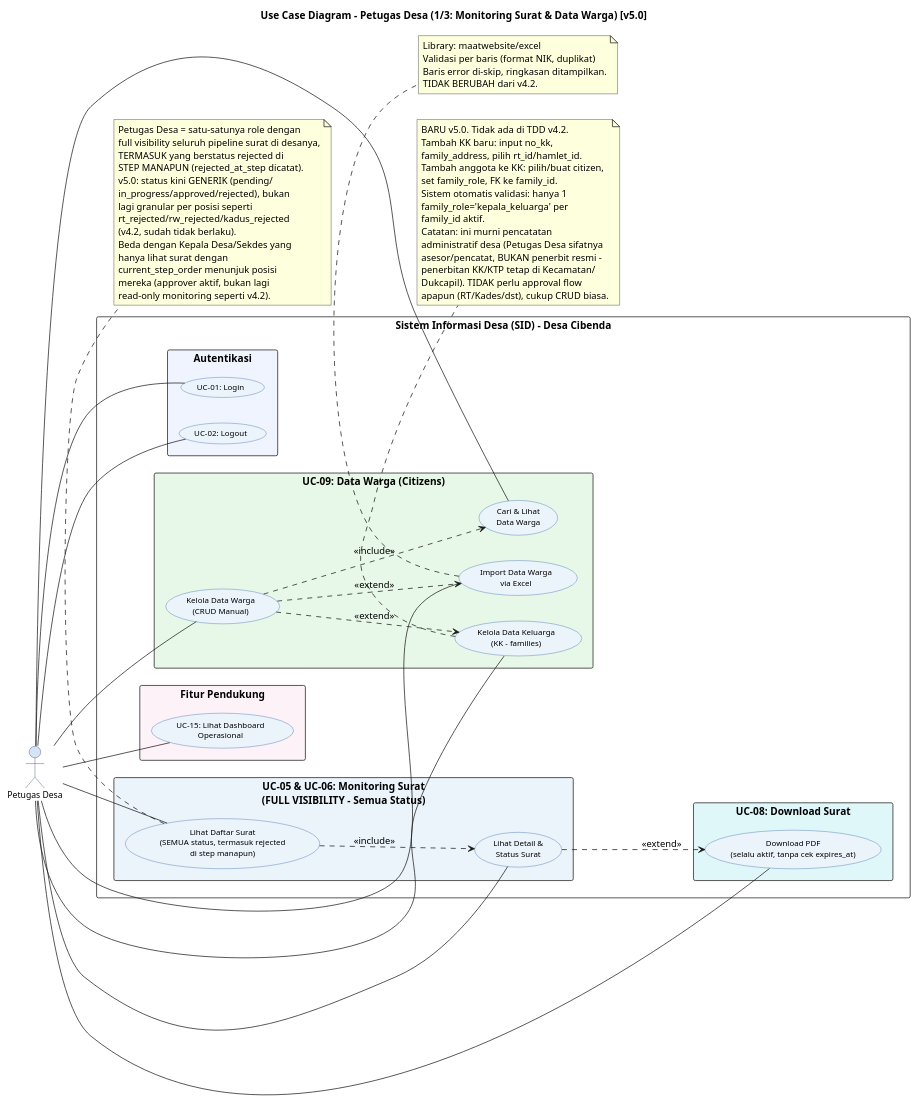
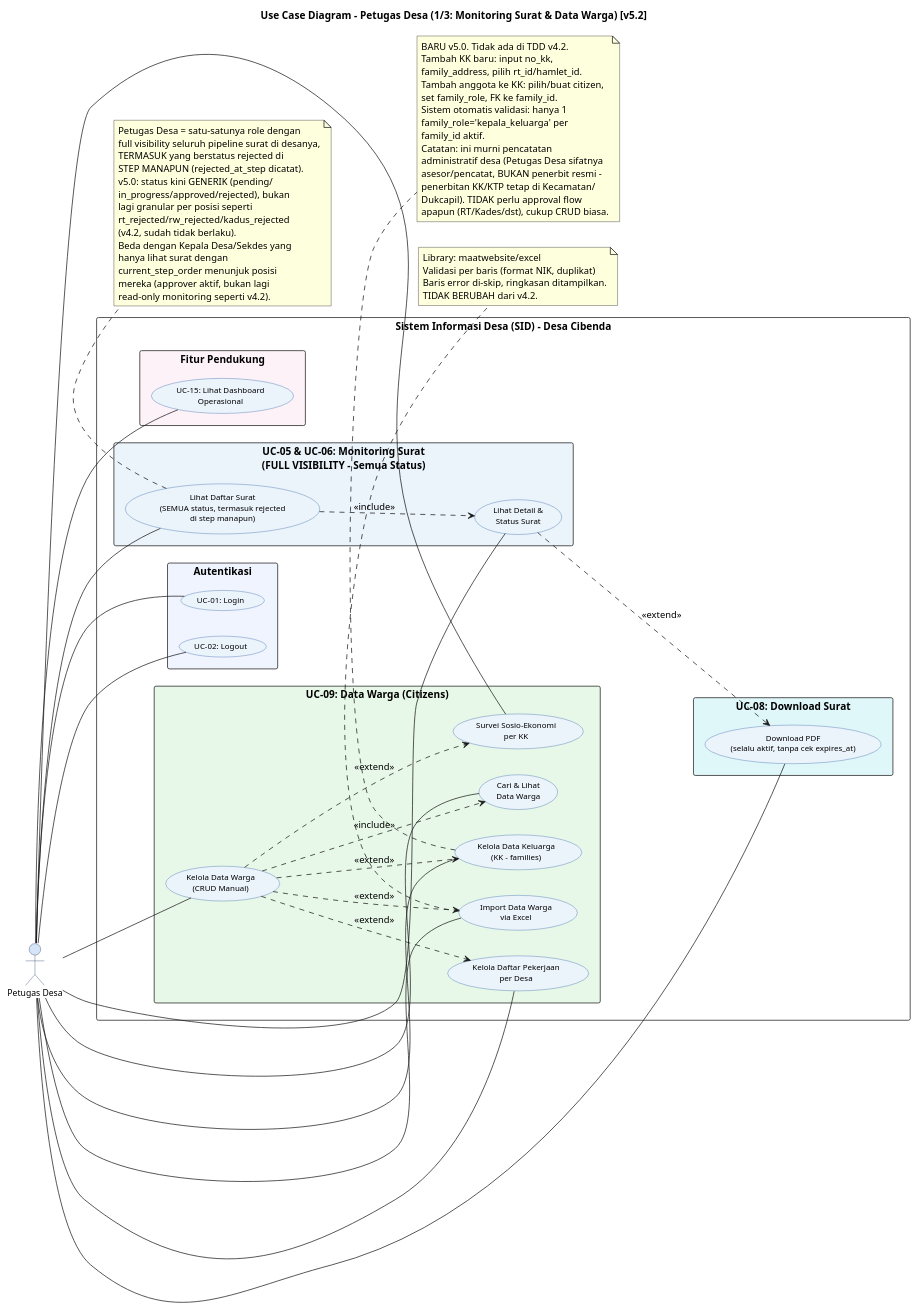
The diagram in docs/diagram/code/usecase/02_UC_PetugasDesa_SuratWarga_v5.puml (Vextronode/sid-app), drawn with PlantUML before and after one commit. The commit also changed 33 other files, not shown here.

```diff
--- a/docs/diagram/code/usecase/02_UC_PetugasDesa_SuratWarga_v5.puml
+++ b/docs/diagram/code/usecase/02_UC_PetugasDesa_SuratWarga_v5.puml
@@ -9,108 +9,114 @@
 @startuml 5.3.1b1_v5 UC_Petugas_Desa_Surat_Warga
 left to right direction
 skinparam packageStyle rectangle
 skinparam backgroundColor #FFFFFF
 skinparam usecase {
   BackgroundColor #EBF3FB
   BorderColor #2E5FA3
   FontName Arial
   FontSize 11
 }
 skinparam actor {
   BackgroundColor #D6E4F7
   BorderColor #1F3864
   FontName Arial
   FontSize 12
 }
 
-title Use Case Diagram - Petugas Desa (1/3: Monitoring Surat & Data Warga) [v5.0]
+title Use Case Diagram - Petugas Desa (1/3: Monitoring Surat & Data Warga) [v5.2]
 
 actor "Petugas Desa" as PD
 
 rectangle "Sistem Informasi Desa (SID) - Desa Cibenda" {
 
   rectangle "Autentikasi" #F0F4FF {
     usecase "UC-01: Login" as UC_LOGIN
     usecase "UC-02: Logout" as UC_LOGOUT
   }
 
   rectangle "UC-05 & UC-06: Monitoring Surat\n(FULL VISIBILITY - Semua Status)" #EBF3FB {
     usecase "Lihat Daftar Surat\n(SEMUA status, termasuk rejected\ndi step manapun)" as UC_LIST
     usecase "Lihat Detail &\nStatus Surat" as UC_DETAIL
   }
 
   rectangle "UC-08: Download Surat" #E0F7FA {
     usecase "Download PDF\n(selalu aktif, tanpa cek expires_at)" as UC_DOWNLOAD
   }
 
   rectangle "UC-09: Data Warga (Citizens)" #E8F8E8 {
     usecase "Kelola Data Warga\n(CRUD Manual)" as UC_CIT_CRUD
     usecase "Cari & Lihat\nData Warga" as UC_CIT_LIST
     usecase "Import Data Warga\nvia Excel" as UC_CIT_IMPORT
     usecase "Kelola Data Keluarga\n(KK - families)" as UC_FAM_CRUD
+    usecase "Kelola Daftar Pekerjaan\nper Desa" as UC_OCC
+    usecase "Survei Sosio-Ekonomi\nper KK" as UC_FSE
   }
 
   rectangle "Fitur Pendukung" #FDF2F8 {
     usecase "UC-15: Lihat Dashboard\nOperasional" as UC_DASH
   }
 }
 
 PD -- UC_LOGIN
 PD -- UC_LOGOUT
 PD -- UC_LIST
 PD -- UC_DETAIL
 PD -- UC_DOWNLOAD
 PD -- UC_CIT_CRUD
 PD -- UC_CIT_LIST
 PD -- UC_CIT_IMPORT
 PD -- UC_FAM_CRUD
+PD -- UC_OCC
+PD -- UC_FSE
 PD -- UC_DASH
 
 UC_CIT_CRUD ..> UC_CIT_LIST : <<include>>
 UC_CIT_CRUD ..> UC_CIT_IMPORT : <<extend>>
 UC_CIT_CRUD ..> UC_FAM_CRUD : <<extend>>
+UC_CIT_CRUD ..> UC_OCC : <<extend>>
+UC_CIT_CRUD ..> UC_FSE : <<extend>>
 UC_LIST ..> UC_DETAIL : <<include>>
 UC_DETAIL ..> UC_DOWNLOAD : <<extend>>
 
 note bottom of UC_LIST
   Petugas Desa = satu-satunya role dengan
   full visibility seluruh pipeline surat di desanya,
   TERMASUK yang berstatus rejected di
   STEP MANAPUN (rejected_at_step dicatat).
   v5.0: status kini GENERIK (pending/
   in_progress/approved/rejected), bukan
   lagi granular per posisi seperti
   rt_rejected/rw_rejected/kadus_rejected
   (v4.2, sudah tidak berlaku).
   Beda dengan Kepala Desa/Sekdes yang
   hanya lihat surat dengan
   current_step_order menunjuk posisi
   mereka (approver aktif, bukan lagi
   read-only monitoring seperti v4.2).
 end note
 
 note bottom of UC_CIT_IMPORT
   Library: maatwebsite/excel
   Validasi per baris (format NIK, duplikat)
   Baris error di-skip, ringkasan ditampilkan.
   TIDAK BERUBAH dari v4.2.
 end note
 
 note bottom of UC_FAM_CRUD
   BARU v5.0. Tidak ada di TDD v4.2.
   Tambah KK baru: input no_kk,
   family_address, pilih rt_id/hamlet_id.
   Tambah anggota ke KK: pilih/buat citizen,
   set family_role, FK ke family_id.
   Sistem otomatis validasi: hanya 1
   family_role='kepala_keluarga' per
   family_id aktif.
   Catatan: ini murni pencatatan
   administratif desa (Petugas Desa sifatnya
   asesor/pencatat, BUKAN penerbit resmi -
   penerbitan KK/KTP tetap di Kecamatan/
   Dukcapil). TIDAK perlu approval flow
   apapun (RT/Kades/dst), cukup CRUD biasa.
 end note
 
 @enduml
```
